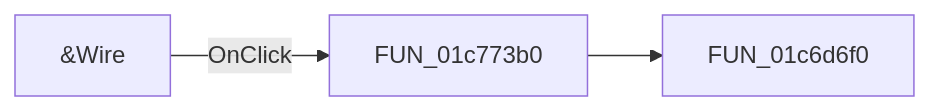
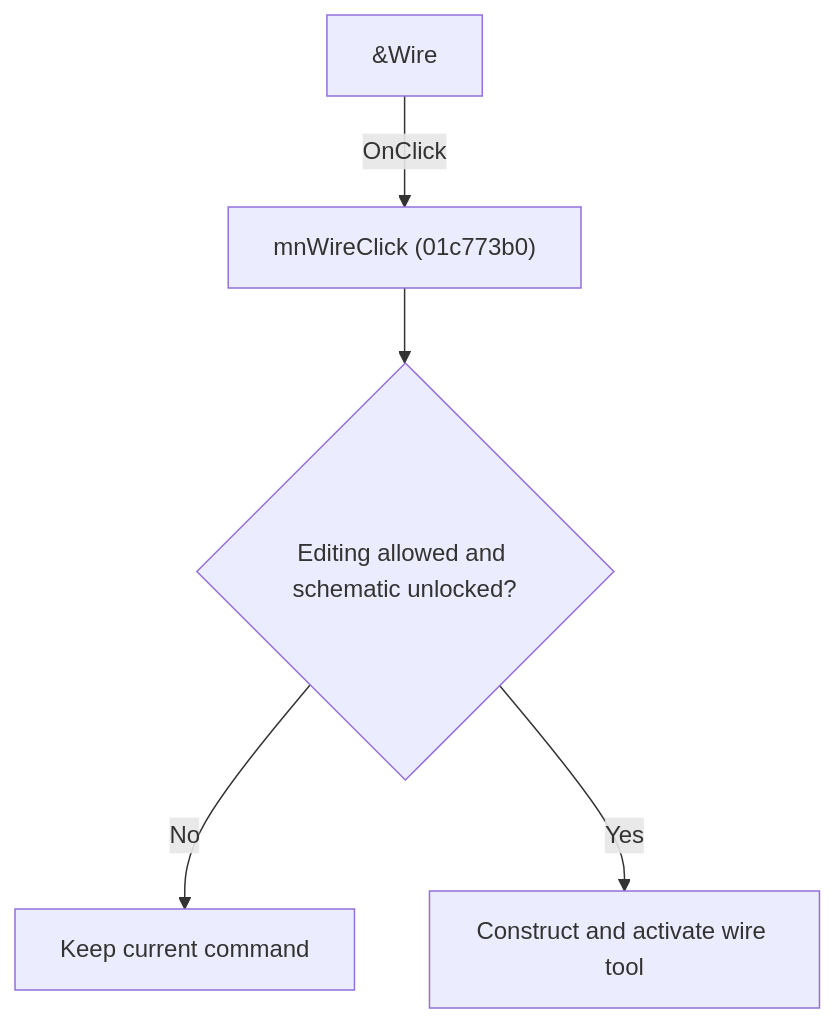
One commit to MovGP0/TIARA changed the diagram in docs/ui-controls/schematiceditor/mnwire-505b0e2529.md. Above: the diagram before and after it, drawn with Mermaid. The commit also changed other lines of this file and 1062 other files, not shown here.

````diff
--- a/docs/ui-controls/schematiceditor/mnwire-505b0e2529.md
+++ b/docs/ui-controls/schematiceditor/mnwire-505b0e2529.md
@@ -27,5 +27,7 @@
 ```mermaid
-flowchart LR
-    control["&Wire"] -->|OnClick| handler["FUN_01c773b0"]
-    handler --> call1["FUN_01c6d6f0"]
+flowchart TD
+    control["&Wire"] -->|"OnClick"| handler["mnWireClick (01c773b0)"]
+    handler --> guard{"Editing allowed and schematic unlocked?"}
+    guard -->|"No"| noChange["Keep current command"]
+    guard -->|"Yes"| action["Construct and activate wire tool"]
 ```
````
